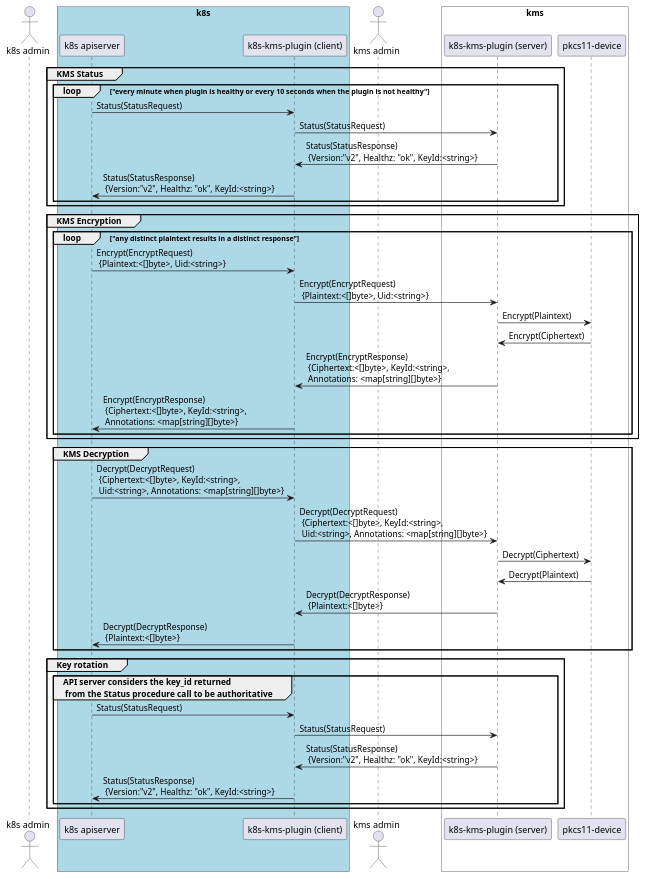
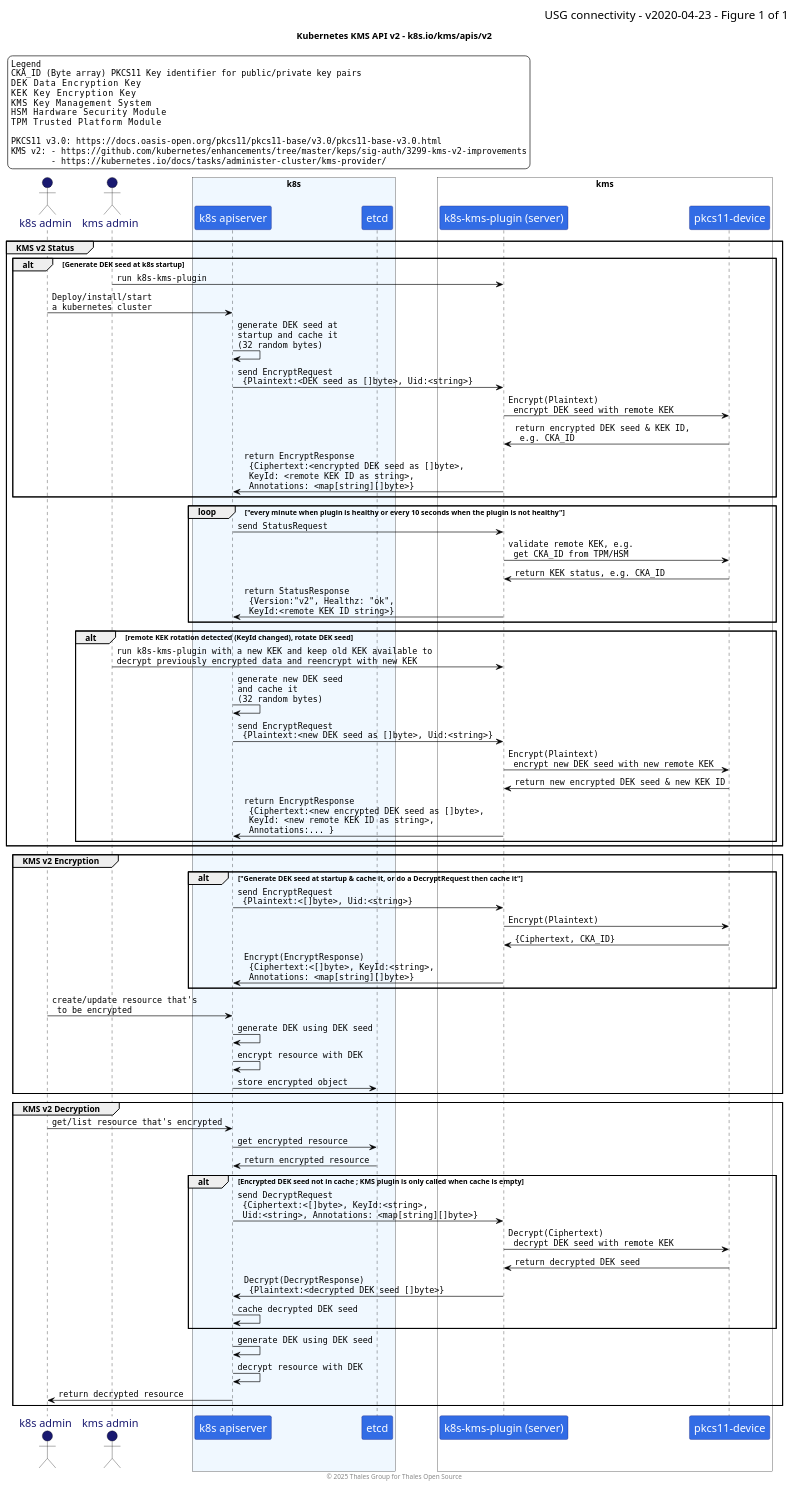
The diagram in docs/puml-diagrams/kmsv2-client-server.sqce-diag.puml (ThalesGroup/k8s-kms-plugin), drawn with PlantUML before and after one commit.

Commit message:
refactor UML

```diff
--- a/docs/puml-diagrams/kmsv2-client-server.sqce-diag.puml
+++ b/docs/puml-diagrams/kmsv2-client-server.sqce-diag.puml
@@ -1,51 +1,144 @@
 @startuml
+'=============================================================================='
+'== PlantUMLAppearance parameters ============================================='
+'=============================================================================='
+skinparam shadowing false
+'skinparam backgroundColor transparent
+
+' enable arrows on same level
+'!pragma teoz true
+
+skinparam legend {
+  FontSize 13
+  FontName DejaVu Sans Mono
+  BorderColor black
+  BackgroundColor white
+}
+
+skinparam sequence {
+ArrowColor Black
+ActorBorderColor Black
+LifeLineBorderColor Black
+LifeLineBackgroundColor #A9DCDF
+
+ParticipantBorderColor MidnightBlue
+ParticipantBackgroundColor #326CE5
+ParticipantFontName Impact
+ParticipantFontSize 17
+ParticipantFontColor white
+
+ActorBackgroundColor MidnightBlue
+ActorFontColor MidnightBlue
+ActorFontSize 17
+ActorFontName Aapex
+}
+
+skinparam ArrowFontName DejaVu Sans Mono
+
+
+' Title
+title
+    Kubernetes KMS API v2 - k8s.io/kms/apis/v2
+end title
+
+skinparam HeaderFontSize 18
+header <font color=black>USG connectivity - v2020-04-23 - Figure %page% of %lastpage%</font>
+footer © 2025 Thales Group for Thales Open Source
+
+' Legend
+legend top left
+    Legend
+    CKA_ID (Byte array) PKCS11 Key identifier for public/private key pairs
+    DEK    Data Encryption Key
+    KEK    Key Encryption Key
+    KMS    Key Management System
+    HSM    Hardware Security Module
+    TPM    Trusted Platform Module
+
+    PKCS11 v3.0: https://docs.oasis-open.org/pkcs11/pkcs11-base/v3.0/pkcs11-base-v3.0.html
+    KMS v2: - https://github.com/kubernetes/enhancements/tree/master/keps/sig-auth/3299-kms-v2-improvements
+            - https://kubernetes.io/docs/tasks/administer-cluster/kms-provider/
+end legend
+
+'=============================================================================='
+'== Sequence diagram begins ==================================================='
+'=============================================================================='
+
     actor "k8s admin" as k8sa
-    box "k8s" #LightBlue
+    actor "kms admin" as kmsa
+
+    box "k8s" #AliceBlue
         participant "k8s apiserver" as k8sapisrv
-        participant "k8s-kms-plugin (client)" as client
+        participant "etcd" as etcd
+    end box
 
-    end box
-    actor "kms admin" as kmsa
+
     box "kms" #fff
         participant "k8s-kms-plugin (server)" as server
         participant "pkcs11-device" as p11
     end box
 
-    group KMS Status
+    group KMS v2 Status
+        alt Generate DEK seed at k8s startup
+
+        kmsa -> server : run k8s-kms-plugin
+        k8sa -> k8sapisrv : Deploy/install/start \na kubernetes cluster
+
+        k8sapisrv -> k8sapisrv : generate DEK seed at \nstartup and cache it \n(32 random bytes)
+        k8sapisrv -> server : send EncryptRequest \n {Plaintext:<DEK seed as []byte>, Uid:<string>}
+        server -> p11 : Encrypt(Plaintext) \n encrypt DEK seed with remote KEK
+        p11 -> server : return encrypted DEK seed & KEK ID, \n e.g. CKA_ID
+        server -> k8sapisrv : return EncryptResponse \n {Ciphertext:<encrypted DEK seed as []byte>,\n KeyId: <remote KEK ID as string>, \n Annotations: <map[string][]byte>}
+        end
+
         loop "every minute when plugin is healthy or every 10 seconds when the plugin is not healthy"
-        k8sapisrv -> client : Status(StatusRequest) 
-        client -> server : Status(StatusRequest) 
-        server -> client : Status(StatusResponse) \n {Version:"v2", Healthz: "ok", KeyId:<string>}
-        client -> k8sapisrv : Status(StatusResponse) \n {Version:"v2", Healthz: "ok", KeyId:<string>}
+        k8sapisrv -> server : send StatusRequest
+        server -> p11 : validate remote KEK, e.g. \n get CKA_ID from TPM/HSM
+        p11 -> server : return KEK status, e.g. CKA_ID
+        server -> k8sapisrv : return StatusResponse \n {Version:"v2", Healthz: "ok", \n KeyId:<remote KEK ID string>}
+        end
+
+        alt remote KEK rotation detected (KeyId changed), rotate DEK seed
+        kmsa -> server : run k8s-kms-plugin with a new KEK and keep old KEK available to \ndecrypt previously encrypted data and reencrypt with new KEK
+        k8sapisrv -> k8sapisrv : generate new DEK seed \nand cache it \n(32 random bytes)
+        k8sapisrv -> server : send EncryptRequest \n {Plaintext:<new DEK seed as []byte>, Uid:<string>}
+        server -> p11 : Encrypt(Plaintext) \n encrypt new DEK seed with new remote KEK
+        p11 -> server : return new encrypted DEK seed & new KEK ID
+        server -> k8sapisrv : return EncryptResponse \n {Ciphertext:<new encrypted DEK seed as []byte>,\n KeyId: <new remote KEK ID as string>, \n Annotations:... }
         end
     end
 
-    group KMS Encryption
-        loop "any distinct plaintext results in a distinct response"
-        k8sapisrv -> client : Encrypt(EncryptRequest) \n {Plaintext:<[]byte>, Uid:<string>}
-        client -> server : Encrypt(EncryptRequest) \n {Plaintext:<[]byte>, Uid:<string>}
+    group KMS v2 Encryption
+
+        alt "Generate DEK seed at startup & cache it, or do a DecryptRequest then cache it"
+        k8sapisrv -> server : send EncryptRequest \n {Plaintext:<[]byte>, Uid:<string>}
         server -> p11 : Encrypt(Plaintext)
-        server <- p11 : Encrypt(Ciphertext)
-        server -> client : Encrypt(EncryptResponse) \n {Ciphertext:<[]byte>, KeyId:<string>, \n Annotations: <map[string][]byte>}
-        client -> k8sapisrv : Encrypt(EncryptResponse) \n {Ciphertext:<[]byte>, KeyId:<string>, \n Annotations: <map[string][]byte>}
+        server <- p11 : {Ciphertext, CKA_ID}
+        server -> k8sapisrv : Encrypt(EncryptResponse) \n {Ciphertext:<[]byte>, KeyId:<string>, \n Annotations: <map[string][]byte>}
         end
+        k8sa -> k8sapisrv : create/update resource that's \n to be encrypted
+        k8sapisrv -> k8sapisrv : generate DEK using DEK seed
+        k8sapisrv -> k8sapisrv : encrypt resource with DEK
+        k8sapisrv -> etcd : store encrypted object
     end
 
-    group KMS Decryption
-        k8sapisrv -> client : Decrypt(DecryptRequest) \n {Ciphertext:<[]byte>, KeyId:<string>, \n Uid:<string>, Annotations: <map[string][]byte>}
-        client -> server : Decrypt(DecryptRequest) \n {Ciphertext:<[]byte>, KeyId:<string>, \n Uid:<string>, Annotations: <map[string][]byte>}
-        server -> p11 : Decrypt(Ciphertext)
-        server <- p11 : Decrypt(Plaintext)
-        server -> client : Decrypt(DecryptResponse) \n {Plaintext:<[]byte>}
-        client -> k8sapisrv : Decrypt(DecryptResponse) \n {Plaintext:<[]byte>}
+    group KMS v2 Decryption
+        k8sa -> k8sapisrv : get/list resource that's encrypted
+        k8sapisrv -> etcd : get encrypted resource
+        etcd -> k8sapisrv : return encrypted resource
+
+        alt Encrypted DEK seed not in cache ; KMS plugin is only called when cache is empty
+        k8sapisrv -> server : send DecryptRequest \n {Ciphertext:<[]byte>, KeyId:<string>, \n Uid:<string>, Annotations: <map[string][]byte>}
+        server -> p11 : Decrypt(Ciphertext) \n decrypt DEK seed with remote KEK
+        server <- p11 : return decrypted DEK seed
+        server -> k8sapisrv : Decrypt(DecryptResponse) \n {Plaintext:<decrypted DEK seed []byte>}
+        k8sapisrv -> k8sapisrv : cache decrypted DEK seed
+        end
+
+        k8sapisrv -> k8sapisrv : generate DEK using DEK seed
+        k8sapisrv -> k8sapisrv : decrypt resource with DEK
+
+        k8sapisrv -> k8sa : return decrypted resource
     end
 
-    group Key rotation
-      group API server considers the key_id returned \n from the Status procedure call to be authoritative
-        k8sapisrv -> client : Status(StatusRequest) 
-        client -> server : Status(StatusRequest) 
-        server -> client : Status(StatusResponse) \n {Version:"v2", Healthz: "ok", KeyId:<string>}
-        client -> k8sapisrv : Status(StatusResponse) \n {Version:"v2", Healthz: "ok", KeyId:<string>}
-      end
-    end
 @enduml
```
